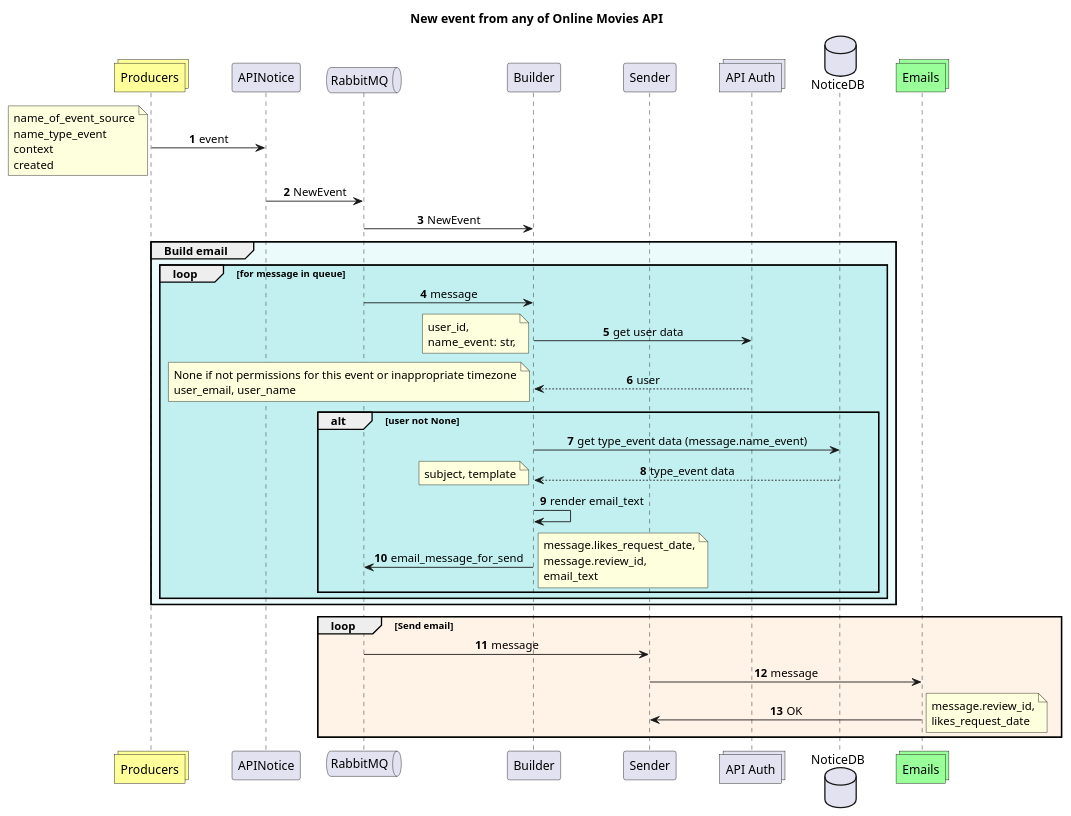
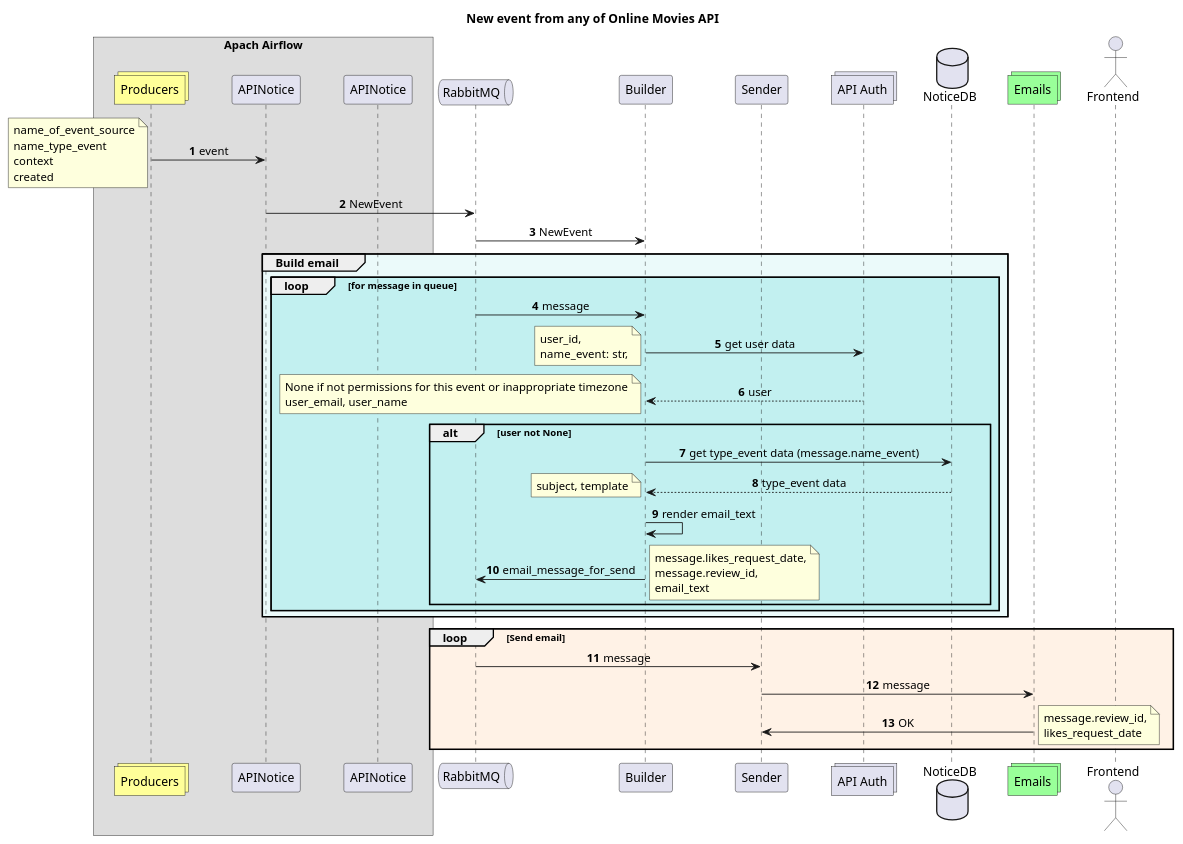
The diagram in schemas/front_kafka_click.puml (xh4vm/graduate_work), drawn with PlantUML before and after one commit. The commit also changed 3 other files, not shown here.

```diff
--- a/schemas/front_kafka_click.puml
+++ b/schemas/front_kafka_click.puml
@@ -1,69 +1,73 @@
 @startuml
 autonumber
 skinparam sequence {
 	ParticipantPadding 20
 	MessageAlign center
 }
 
 title New event from any of Online Movies API
 
-collections Producers as api_p order 1 #FFFF99
-participant APINotice as api_n order 3
-queue RabbitMQ as q order 7
-participant Builder as b order 10
-participant Sender as s order 15
-collections "API Auth" as api_a order 20
-database NoticeDB as db order 30
-collections Emails as em order 40 #99FF99
+box Apach Airflow
+collections Producers as api_p order 20 #FFFF99
+participant APINotice as api_n order 30
+participant APINotice as api_ order 40
+end box
+queue RabbitMQ as q order 40
+participant Builder as b order 50
+participant Sender as s order 60
+collections "API Auth" as api_a order 70
+database NoticeDB as db order 80
+collections Emails as em order 90 #99FF99
+actor Frontend as frn order 100
 
 api_p -> api_n: event
 note left
 name_of_event_source
 name_type_event
 context
 created
 end note
 api_n -> q: NewEvent
 q -> b: NewEvent
 
 group #ebfafa Build email
 loop #c2f0f0 for message in queue
 q -> b: message
 b -> api_a: get user data
 note left
 user_id,
 name_event: str,
 end note
 return user
 note left
 None if not permissions for this event or inappropriate timezone
 user_email, user_name
 end note
 alt #c2f0f0 user not None
 b -> db: get type_event data (message.name_event)
 return type_event data
 note left
 subject, template
 end note
 b -> b: render email_text
 b -> q: email_message_for_send
 note right
 message.likes_request_date,
 message.review_id,
 email_text
 end note
 end alt
 end loop
 end group
 
 loop #fff2e6 Send email
 q -> s: message
 s -> em: message
 em -> s: OK
 note right
 message.review_id,
 likes_request_date
 end note
 end loop
 
 @enduml
```
